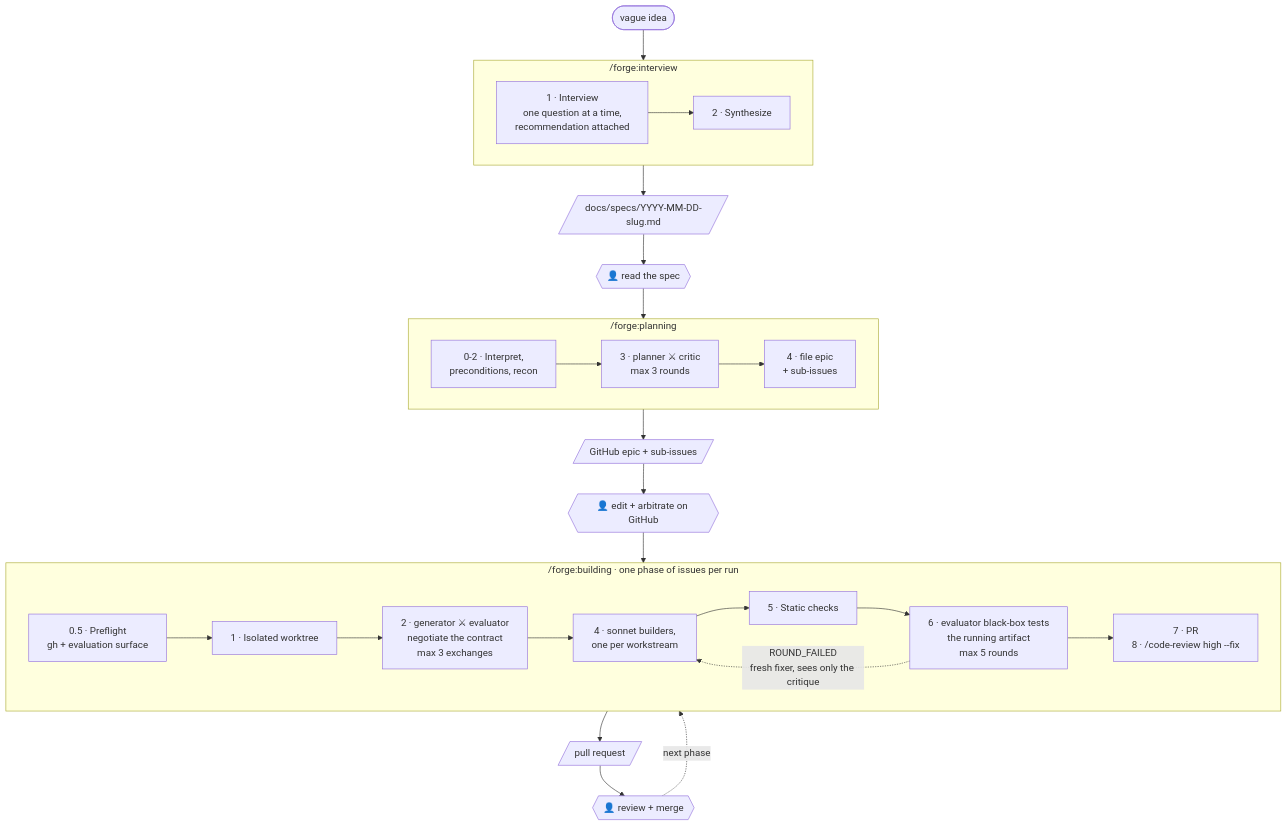
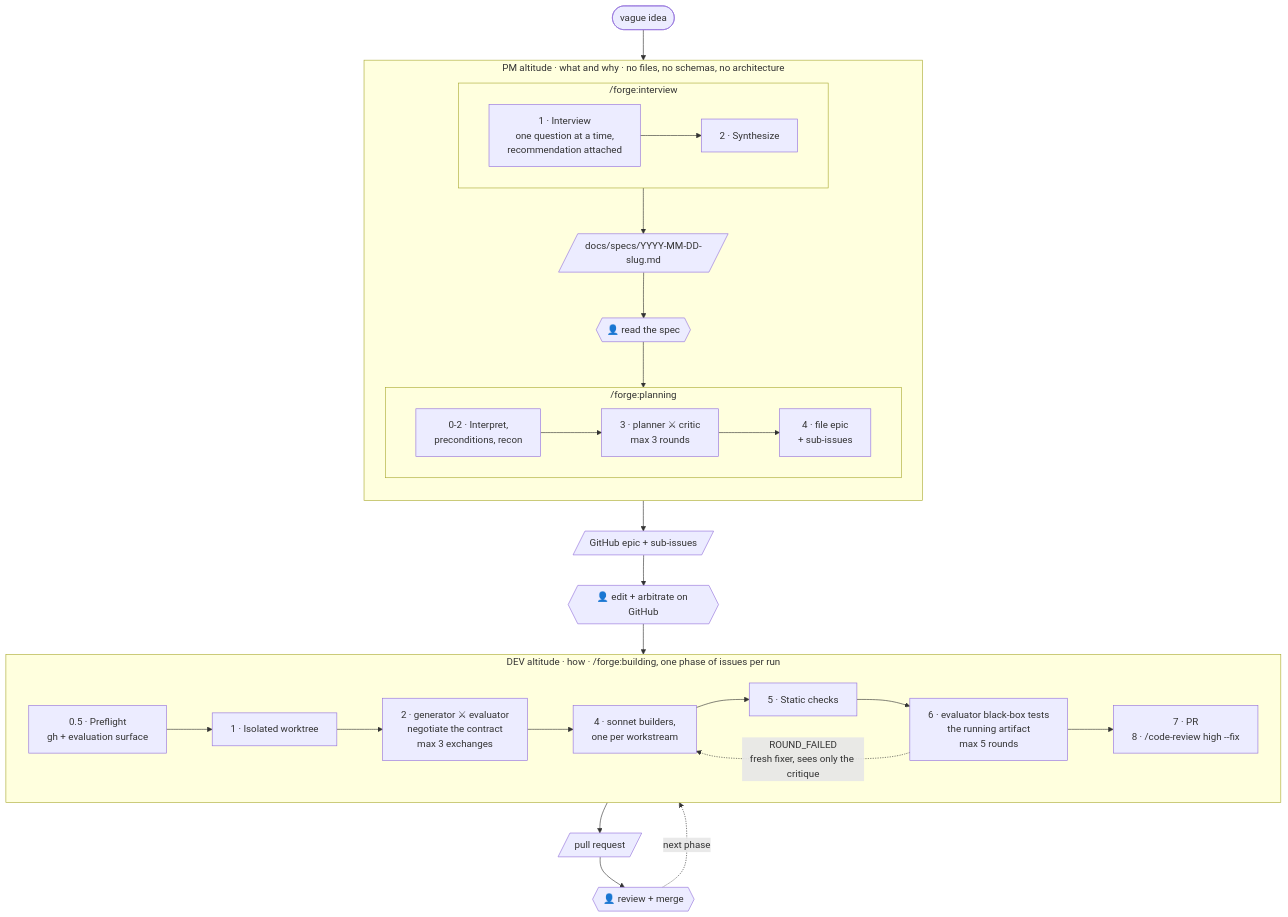
The diagram in README.md (dasirra/devforge), drawn with Mermaid before and after one commit. The commit also changed other lines of this file, not shown here.

First line of the commit message:
docs: explain the PM/DEV altitude split

````diff
--- a/README.md
+++ b/README.md
@@ -47,38 +64,42 @@
 ```mermaid
 flowchart TD
     idea(["vague idea"]) --> INT
 
-    subgraph INT["/forge:interview"]
-        direction LR
-        i1["1 · Interview<br/>one question at a time,<br/>recommendation attached"] --> i2["2 · Synthesize"]
-    end
+    subgraph PM["PM altitude · what and why · no files, no schemas, no architecture"]
+        direction TB
 
-    INT --> spec[/"docs/specs/YYYY-MM-DD-slug.md"/]
-    spec --> h1{{"👤 read the spec"}}
-    h1 --> PLAN
+        subgraph INT["/forge:interview"]
+            direction LR
+            i1["1 · Interview<br/>one question at a time,<br/>recommendation attached"] --> i2["2 · Synthesize"]
+        end
 
-    subgraph PLAN["/forge:planning"]
-        direction LR
-        p1["0-2 · Interpret,<br/>preconditions, recon"] --> p2["3 · planner ⚔ critic<br/>max 3 rounds"]
-        p2 --> p3["4 · file epic<br/>+ sub-issues"]
+        INT --> spec[/"docs/specs/YYYY-MM-DD-slug.md"/]
+        spec --> h1{{"👤 read the spec"}}
+        h1 --> PLAN
+
+        subgraph PLAN["/forge:planning"]
+            direction LR
+            p1["0-2 · Interpret,<br/>preconditions, recon"] --> p2["3 · planner ⚔ critic<br/>max 3 rounds"]
+            p2 --> p3["4 · file epic<br/>+ sub-issues"]
+        end
     end
 
     PLAN --> issues[/"GitHub epic + sub-issues"/]
     issues --> h2{{"👤 edit + arbitrate on GitHub"}}
     h2 --> BUILD
 
-    subgraph BUILD["/forge:building · one phase of issues per run"]
+    subgraph BUILD["DEV altitude · how · /forge:building, one phase of issues per run"]
         direction LR
         b0["0.5 · Preflight<br/>gh + evaluation surface"] --> b1["1 · Isolated worktree"]
         b1 --> b2["2 · generator ⚔ evaluator<br/>negotiate the contract<br/>max 3 exchanges"]
         b2 --> b4["4 · sonnet builders,<br/>one per workstream"]
         b4 --> b5["5 · Static checks"]
         b5 --> b6["6 · evaluator black-box tests<br/>the running artifact<br/>max 5 rounds"]
         b6 -.->|"ROUND_FAILED<br/>fresh fixer, sees only the critique"| b4
         b6 --> b7["7 · PR<br/>8 · /code-review high --fix"]
     end
 
     BUILD --> pr[/"pull request"/]
     pr --> h3{{"👤 review + merge"}}
     h3 -.->|"next phase"| BUILD
 ```
````
